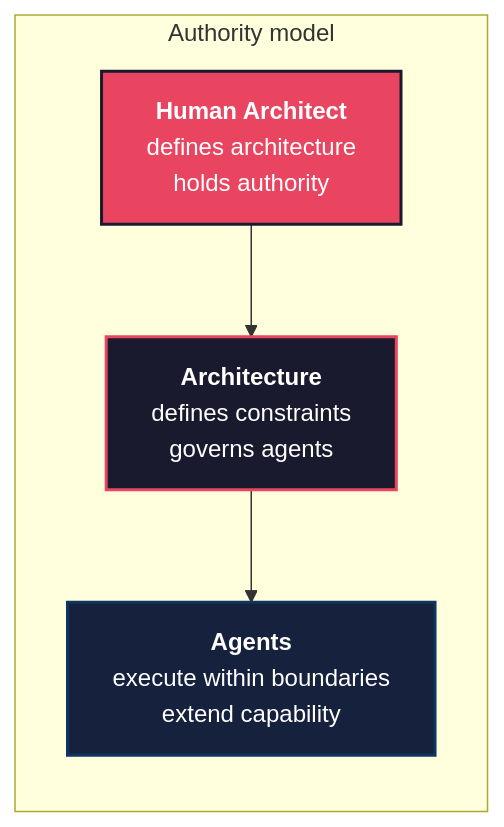
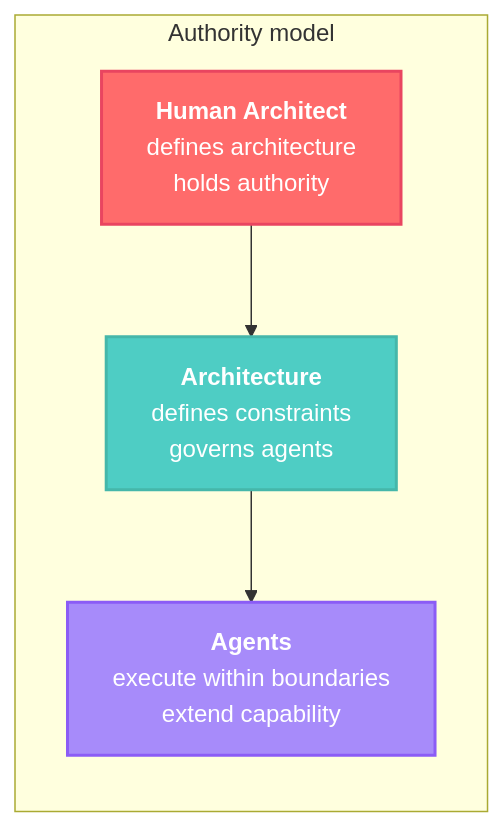
Before and after one commit to block3-io/block3-start: the fourth of 5 diagrams in README.md, drawn with Mermaid. The commit also changed other lines of this file, not shown here.

Commit message:
Fix diagram colors — lighter palette for readability

````diff
--- a/README.md
+++ b/README.md
@@ -122,15 +122,15 @@
 ```mermaid
 graph LR
     subgraph "Authority model"
         direction TB
         H["<b>Human Architect</b><br/>defines architecture<br/>holds authority"]
         A["<b>Architecture</b><br/>defines constraints<br/>governs agents"]
         AG["<b>Agents</b><br/>execute within boundaries<br/>extend capability"]
     end
 
     H --> A --> AG
 
-    style H fill:#e94560,stroke:#1a1a2e,color:#fff,stroke-width:2px
-    style A fill:#1a1a2e,stroke:#e94560,color:#fff,stroke-width:2px
-    style AG fill:#16213e,stroke:#0f3460,color:#fff,stroke-width:2px
+    style H fill:#ff6b6b,stroke:#e94560,color:#fff,stroke-width:2px
+    style A fill:#4ecdc4,stroke:#45b7aa,color:#fff,stroke-width:2px
+    style AG fill:#a78bfa,stroke:#8b5cf6,color:#fff,stroke-width:2px
 ```
````
